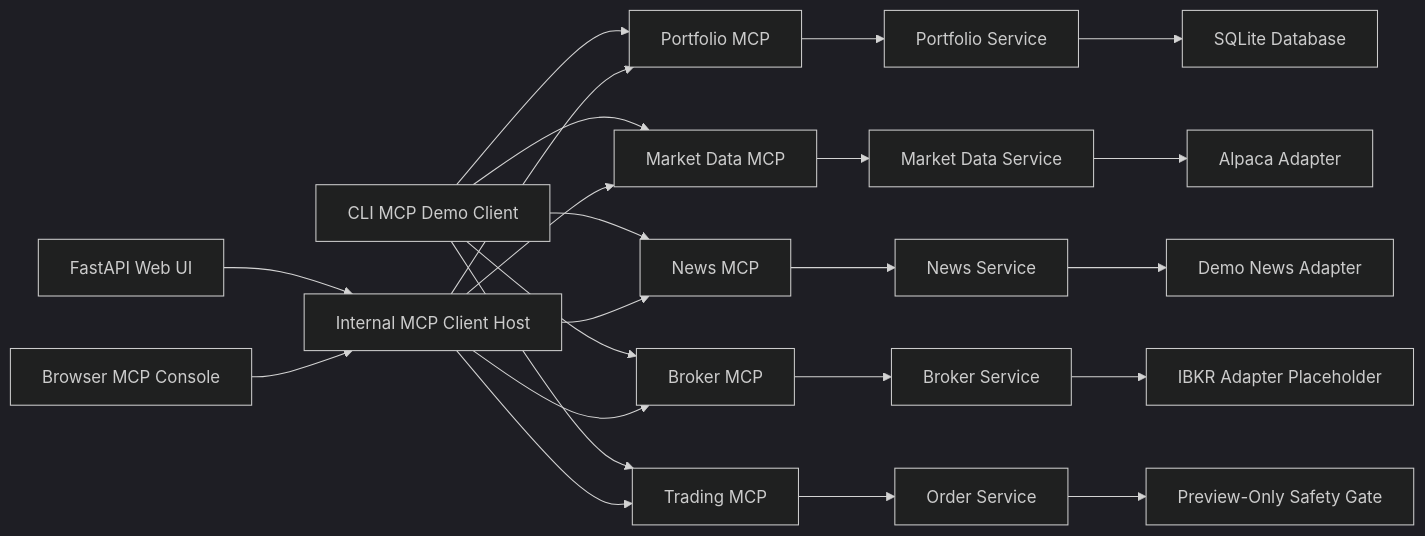
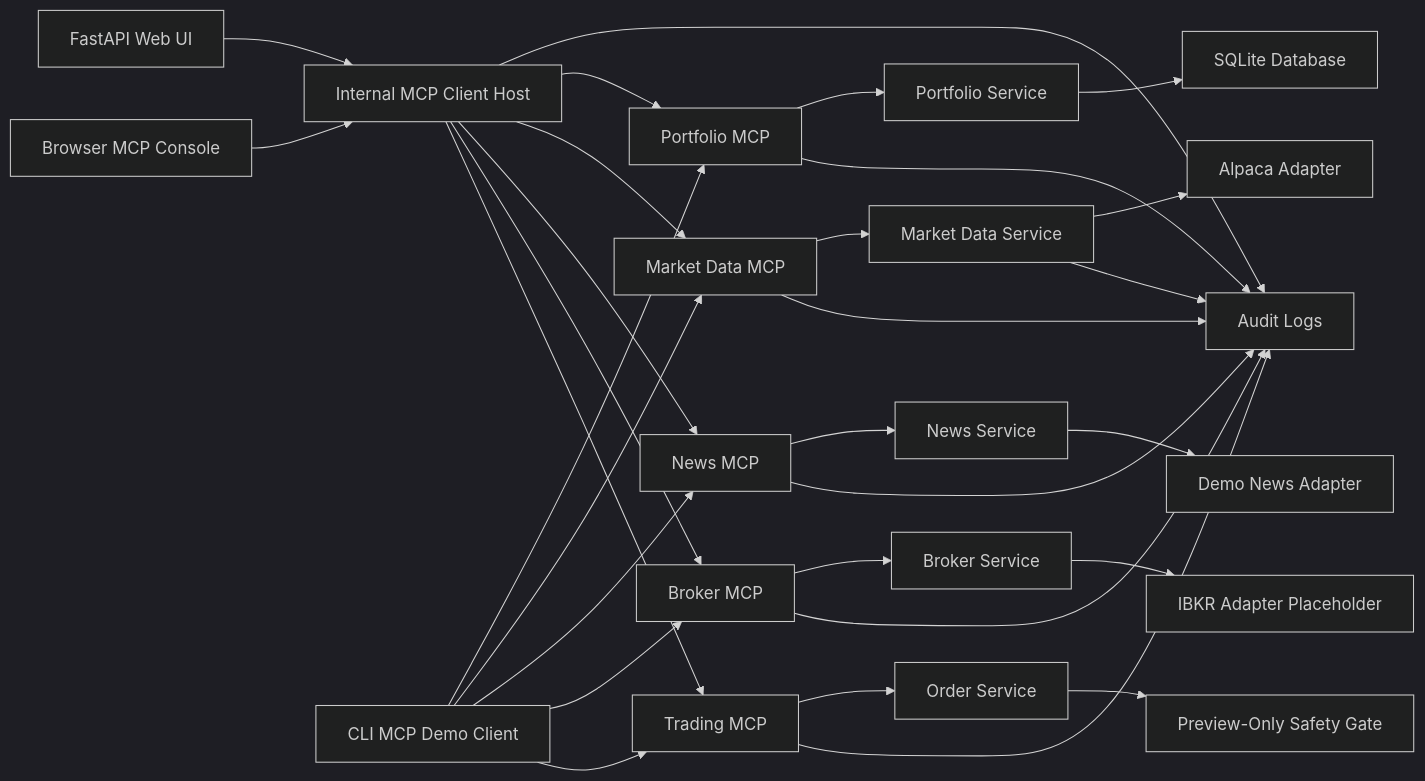
The first of 7 diagrams in docs/architecture_plan.md (thejavascriptways/IFSC-78603-Graduate-Project-trading_journal-mcp), drawn with Mermaid (dark theme) before and after one commit. The commit also changed other lines of this file and 18 other files, not shown here.

````diff
--- a/docs/architecture_plan.md
+++ b/docs/architecture_plan.md
@@ -20,28 +20,35 @@
 ```mermaid
 flowchart LR
     UI["FastAPI Web UI"] --> HOST["Internal MCP Client Host"]
     CONSOLE["Browser MCP Console"] --> HOST
     CLI["CLI MCP Demo Client"] --> PMCP["Portfolio MCP"]
     CLI --> MMCP["Market Data MCP"]
     CLI --> NMCP["News MCP"]
     CLI --> BMCP["Broker MCP"]
     CLI --> TMCP["Trading MCP"]
 
+    HOST --> AUDIT["Audit Logs"]
     HOST --> PMCP
     HOST --> MMCP
     HOST --> NMCP
     HOST --> BMCP
     HOST --> TMCP
 
     PMCP --> PORT["Portfolio Service"]
     MMCP --> MKT["Market Data Service"]
     NMCP --> NEWS["News Service"]
     BMCP --> BROKER["Broker Service"]
     TMCP --> ORDERS["Order Service"]
 
     PORT --> DB["SQLite Database"]
     MKT --> ALPACA["Alpaca Adapter"]
     NEWS --> DEMO["Demo News Adapter"]
     BROKER --> IBKR["IBKR Adapter Placeholder"]
     ORDERS --> SAFE["Preview-Only Safety Gate"]
+    MKT --> AUDIT
+    PMCP --> AUDIT
+    MMCP --> AUDIT
+    NMCP --> AUDIT
+    BMCP --> AUDIT
+    TMCP --> AUDIT
 ```
````
